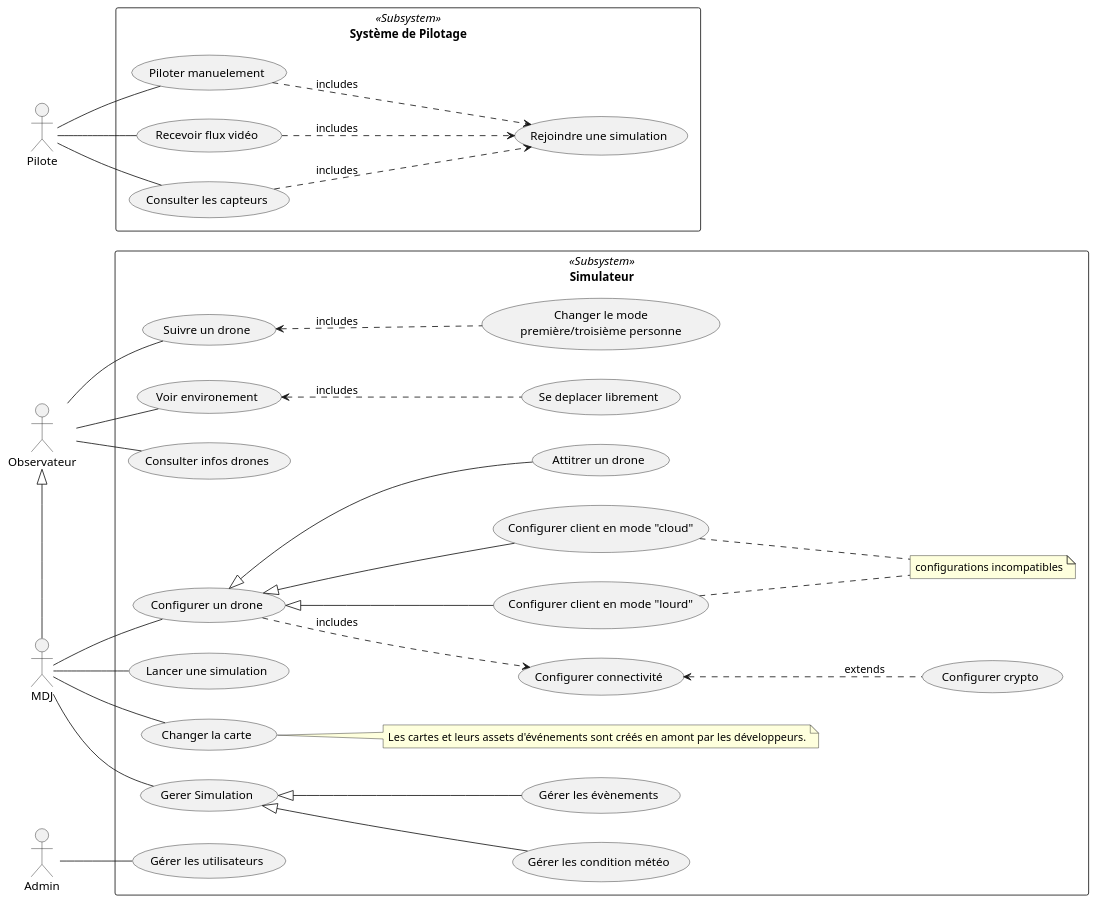
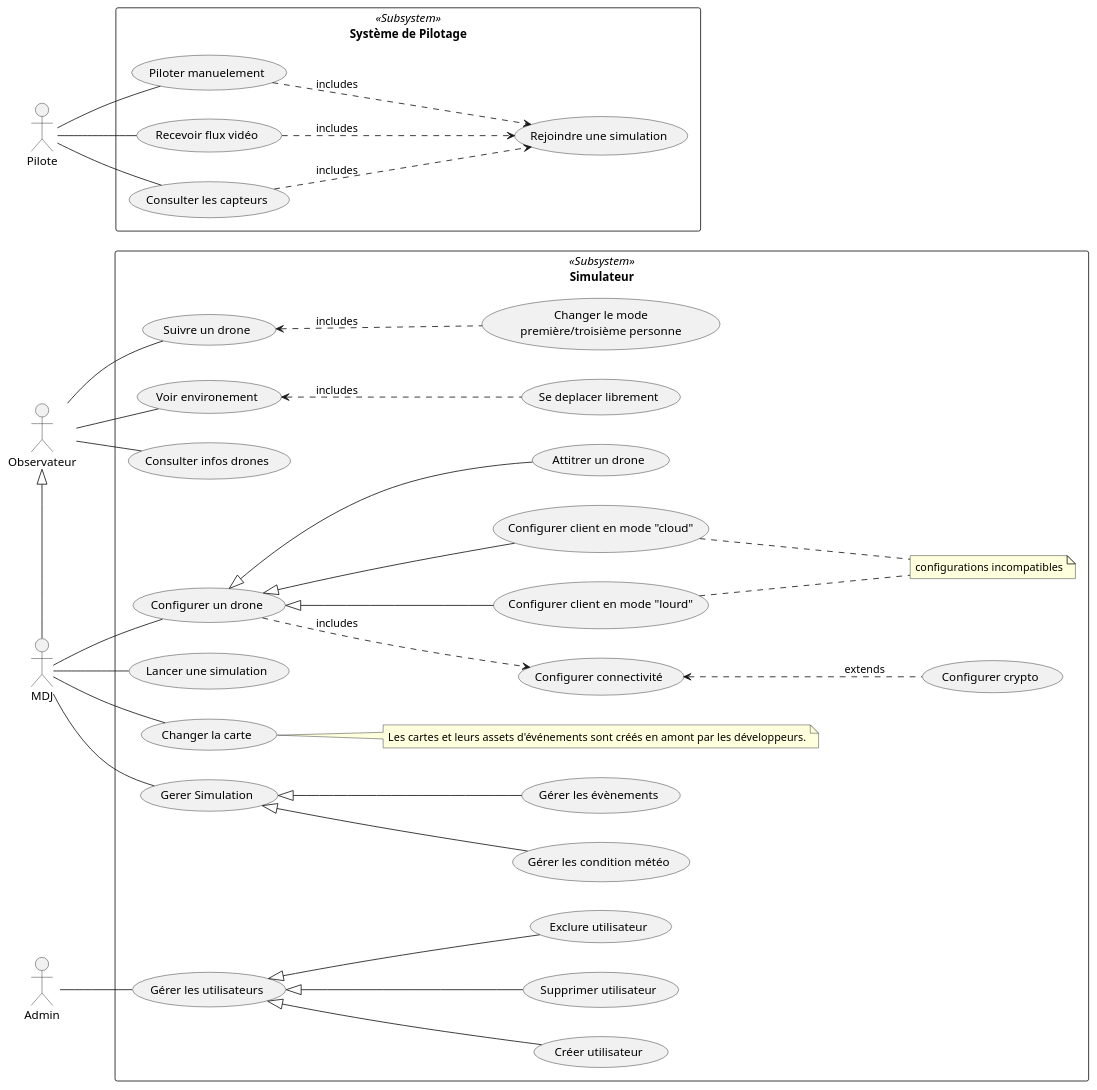
Before and after one commit to tombartos/SAE-DRONE: the diagram in doc/simulateur_uc.puml, drawn with PlantUML.

Commit message:
Ajout des uc concernant gérer utilisateurs

```diff
--- a/doc/simulateur_uc.puml
+++ b/doc/simulateur_uc.puml
@@ -1,64 +1,67 @@
 @startuml
 
 left to right direction
 
 actor Observateur
 actor MDJ
 actor Pilote
 actor Admin
 'actor Admin
 
 rectangle "Système de Pilotage" <<Subsystem>> as SysPilot {
     Pilote -- (Piloter manuelement)
     Pilote -- (Recevoir flux vidéo)
     Pilote -- (Consulter les capteurs)
 
     (Recevoir flux vidéo) ..> (Rejoindre une simulation) : includes
     (Piloter manuelement) ..> (Rejoindre une simulation) : includes
     (Consulter les capteurs) ..> (Rejoindre une simulation) : includes
 }
 
 MDJ -left-|> Observateur
 
 rectangle Simulateur <<Subsystem>> {
 
     usecase (Suivre un drone) as follow_drone
 
     follow_drone <.down. (Changer le mode\npremière/troisième personne) : includes
     (Voir environement) <.. (Se deplacer librement) : includes
 
     Observateur -- (Voir environement)
     Observateur -- follow_drone
     Observateur -- (Consulter infos drones)
 
     usecase (Configurer un drone) as cfg_drone
     usecase (Configurer connectivité) as cfg_conn
     usecase (Configurer crypto) as cfg_crypt
     usecase (Configurer client en mode "lourd") as cfg_ardu_ss
     usecase (Configurer client en mode "cloud") as cfg_ardu_cs
     usecase (Attitrer un drone) as cfg_attrib_drone
     usecase (Lancer une simulation) as cfg_sim
     note "configurations incompatibles" as mutex1
     note "Les cartes et leurs assets d'événements sont créés en amont par les développeurs." as note1
 
     cfg_drone .down.> cfg_conn : includes
     cfg_conn <.down. cfg_crypt : extends
     cfg_drone <|-- cfg_ardu_ss
     cfg_drone <|-- cfg_ardu_cs
     cfg_ardu_ss .. mutex1
     cfg_ardu_cs .. mutex1
     cfg_drone <|--  cfg_attrib_drone
 
     MDJ -- (Changer la carte)
     (Changer la carte) .. note1
     MDJ -- (Gerer Simulation)
     (Gerer Simulation) <|-- (Gérer les condition météo)
     (Gerer Simulation) <|-- (Gérer les évènements)
     MDJ -- cfg_drone
     MDJ -- cfg_sim
 
     Admin -- (Gérer les utilisateurs)
+    (Gérer les utilisateurs) <|-- (Créer utilisateur)
+    (Gérer les utilisateurs) <|-- (Supprimer utilisateur)
+    (Gérer les utilisateurs) <|-- (Exclure utilisateur)
 
 }
 
 @enduml
```
